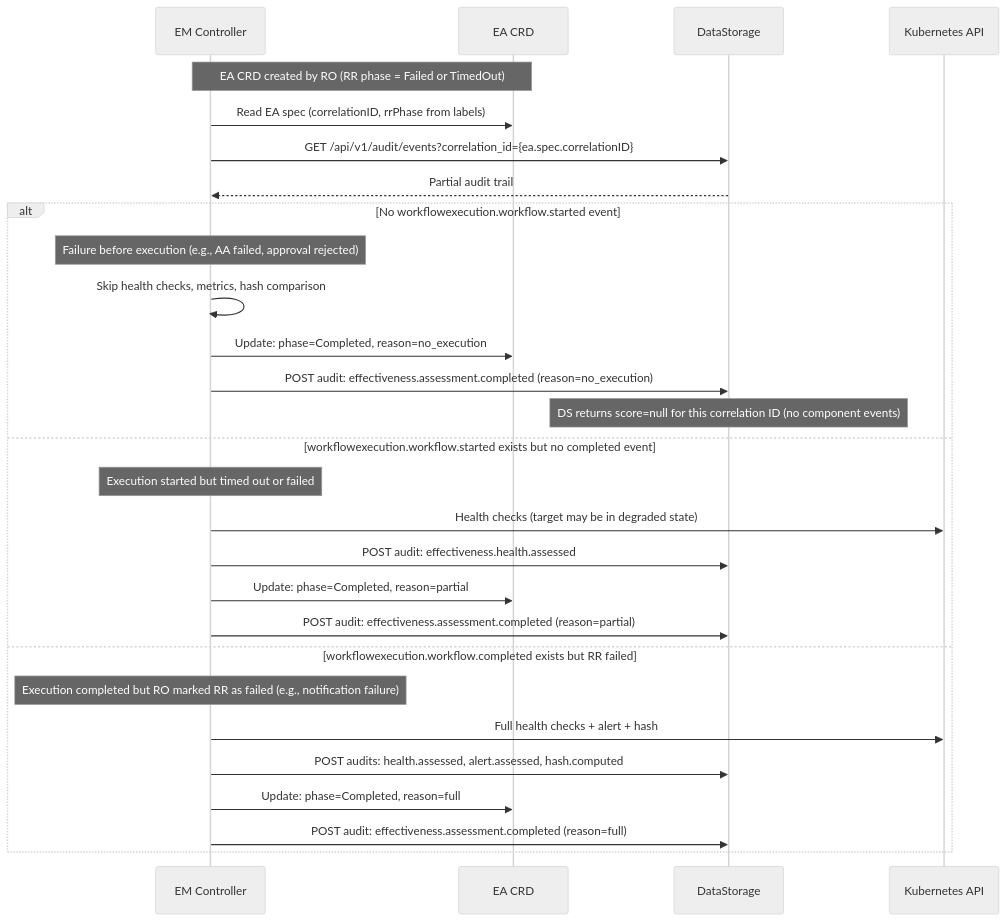
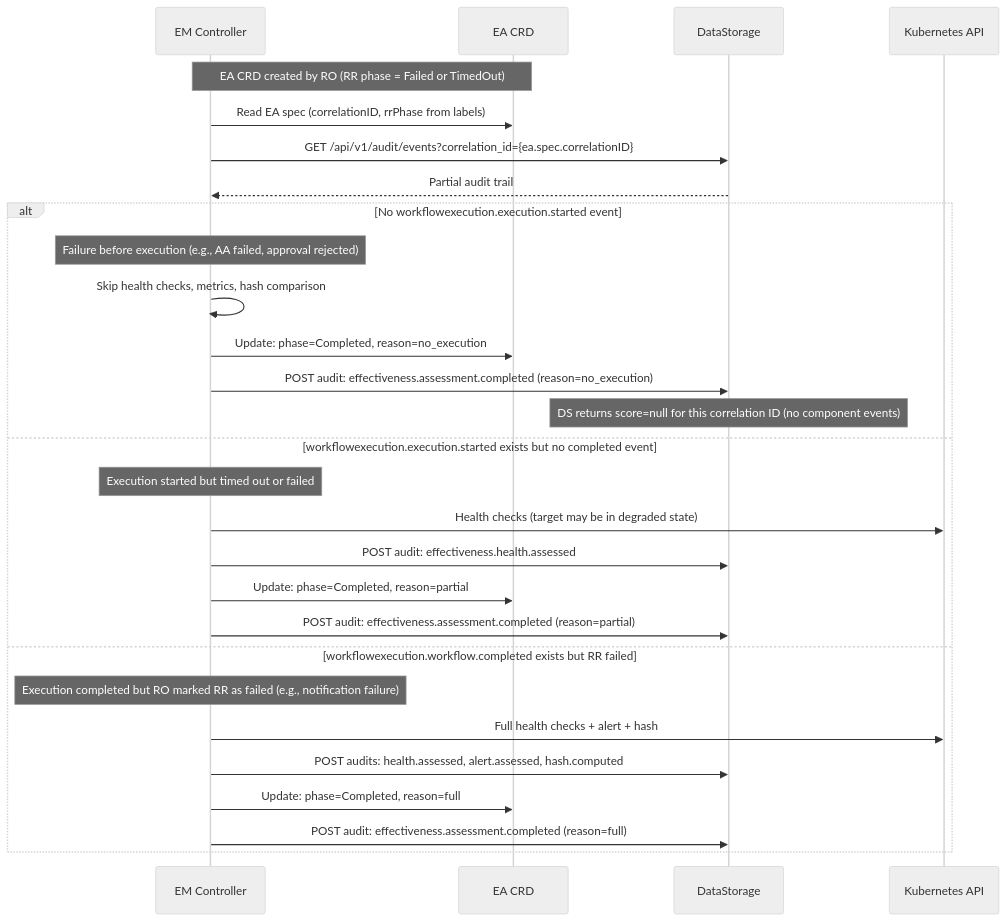
The fourth of 8 diagrams in docs/architecture/decisions/ADR-EM-001-effectiveness-monitor-service-integration.md (jordigilh/kubernaut), drawn with Mermaid (neutral theme) before and after one commit. The commit also changed other lines of this file, not shown here.

First line of the commit message:
docs: update ADR-EM-001 event type references to execution.started

````diff
--- a/docs/architecture/decisions/ADR-EM-001-effectiveness-monitor-service-integration.md
+++ b/docs/architecture/decisions/ADR-EM-001-effectiveness-monitor-service-integration.md
@@ -402,33 +402,33 @@
 ```mermaid
 sequenceDiagram
     participant Ctrl as EM Controller
     participant EA as EA CRD
     participant DS as DataStorage
     participant K8s as Kubernetes API
 
     Note over Ctrl,EA: EA CRD created by RO (RR phase = Failed or TimedOut)
     Ctrl->>EA: Read EA spec (correlationID, rrPhase from labels)
 
     Ctrl->>DS: GET /api/v1/audit/events?correlation_id={ea.spec.correlationID}
     DS-->>Ctrl: Partial audit trail
 
-    alt No workflowexecution.workflow.started event
+    alt No workflowexecution.execution.started event
         Note over Ctrl: Failure before execution (e.g., AA failed, approval rejected)
         Ctrl->>Ctrl: Skip health checks, metrics, hash comparison
         Ctrl->>EA: Update: phase=Completed, reason=no_execution
         Ctrl->>DS: POST audit: effectiveness.assessment.completed (reason=no_execution)
         Note over DS: DS returns score=null for this correlation ID (no component events)
-    else workflowexecution.workflow.started exists but no completed event
+    else workflowexecution.execution.started exists but no completed event
         Note over Ctrl: Execution started but timed out or failed
         Ctrl->>K8s: Health checks (target may be in degraded state)
         Ctrl->>DS: POST audit: effectiveness.health.assessed
         Ctrl->>EA: Update: phase=Completed, reason=partial
         Ctrl->>DS: POST audit: effectiveness.assessment.completed (reason=partial)
     else workflowexecution.workflow.completed exists but RR failed
         Note over Ctrl: Execution completed but RO marked RR as failed (e.g., notification failure)
         Ctrl->>K8s: Full health checks + alert + hash
         Ctrl->>DS: POST audits: health.assessed, alert.assessed, hash.computed
         Ctrl->>EA: Update: phase=Completed, reason=full
         Ctrl->>DS: POST audit: effectiveness.assessment.completed (reason=full)
     end
 ```
````
